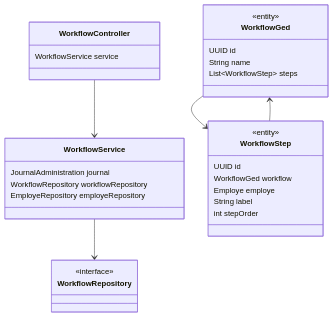
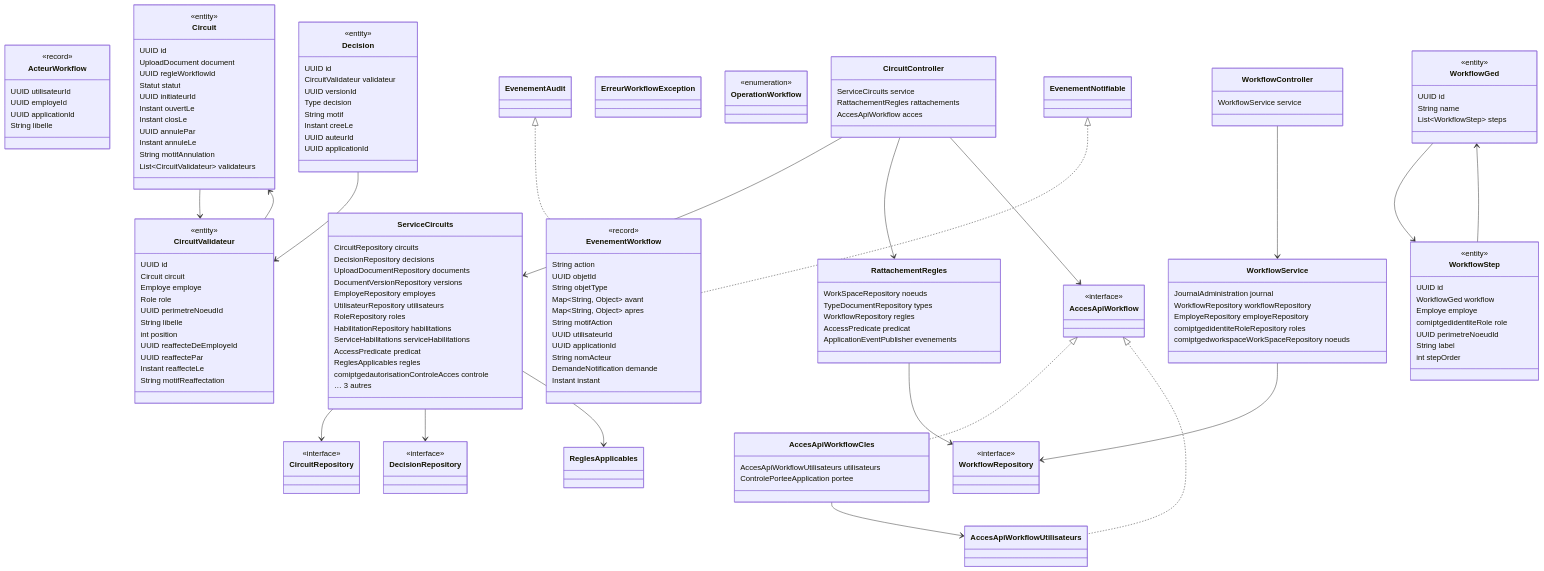
Before and after one commit to abddou2000/GED: diagram 13 of 23 in docs/modelisation/CLASSES.md, drawn with Mermaid. The commit also changed other lines of this file and 2 other files, not shown here.

Commit message:
Régénérer le schéma et les diagrammes de classes après fusion, reporter les correctifs de la vague 5 dans le suivi

````diff
--- a/docs/modelisation/CLASSES.md
+++ b/docs/modelisation/CLASSES.md
@@ -1553,5 +1607,114 @@
 ```mermaid
 classDiagram
+  class AccesApiWorkflow {
+    <<interface>>
+  }
+  class AccesApiWorkflowCles {
+    AccesApiWorkflowUtilisateurs utilisateurs
+    ControlePorteeApplication portee
+  }
+  class AccesApiWorkflowUtilisateurs {
+  }
+  class ActeurWorkflow {
+    <<record>>
+    UUID utilisateurId
+    UUID employeId
+    UUID applicationId
+    String libelle
+  }
+  class Circuit {
+    <<entity>>
+    UUID id
+    UploadDocument document
+    UUID regleWorkflowId
+    Statut statut
+    UUID initiateurId
+    Instant ouvertLe
+    Instant closLe
+    UUID annulePar
+    Instant annuleLe
+    String motifAnnulation
+    List~CircuitValidateur~ validateurs
+  }
+  class CircuitController {
+    ServiceCircuits service
+    RattachementRegles rattachements
+    AccesApiWorkflow acces
+  }
+  class CircuitRepository {
+    <<interface>>
+  }
+  class CircuitValidateur {
+    <<entity>>
+    UUID id
+    Circuit circuit
+    Employe employe
+    Role role
+    UUID perimetreNoeudId
+    String libelle
+    int position
+    UUID reaffecteDeEmployeId
+    UUID reaffectePar
+    Instant reaffecteLe
+    String motifReaffectation
+  }
+  class Decision {
+    <<entity>>
+    UUID id
+    CircuitValidateur validateur
+    UUID versionId
+    Type decision
+    String motif
+    Instant creeLe
+    UUID auteurId
+    UUID applicationId
+  }
+  class DecisionRepository {
+    <<interface>>
+  }
+  class ErreurWorkflowException {
+  }
+  class EvenementWorkflow {
+    <<record>>
+    String action
+    UUID objetId
+    String objetType
+    Map~String, Object~ avant
+    Map~String, Object~ apres
+    String motifAction
+    UUID utilisateurId
+    UUID applicationId
+    String nomActeur
+    DemandeNotification demande
+    Instant instant
+  }
+  class OperationWorkflow {
+    <<enumeration>>
+  }
+  class RattachementRegles {
+    WorkSpaceRepository noeuds
+    TypeDocumentRepository types
+    WorkflowRepository regles
+    AccessPredicate predicat
+    ApplicationEventPublisher evenements
+  }
+  class ReglesApplicables {
+  }
+  class ServiceCircuits {
+    CircuitRepository circuits
+    DecisionRepository decisions
+    UploadDocumentRepository documents
+    DocumentVersionRepository versions
+    EmployeRepository employes
+    UtilisateurRepository utilisateurs
+    RoleRepository roles
+    HabilitationRepository habilitations
+    ServiceHabilitations serviceHabilitations
+    AccessPredicate predicat
+    ReglesApplicables regles
+    comiptgedautorisationControleAcces controle
+    … 3 autres
+  }
   class WorkflowController {
     WorkflowService service
   }
@@ -1568,15 +1731,34 @@
     JournalAdministration journal
     WorkflowRepository workflowRepository
     EmployeRepository employeRepository
+    comiptgedidentiteRoleRepository roles
+    comiptgedworkspaceWorkSpaceRepository noeuds
   }
   class WorkflowStep {
     <<entity>>
     UUID id
     WorkflowGed workflow
     Employe employe
+    comiptgedidentiteRole role
+    UUID perimetreNoeudId
     String label
     int stepOrder
   }
+  AccesApiWorkflow <|.. AccesApiWorkflowCles
+  AccesApiWorkflowCles --> AccesApiWorkflowUtilisateurs
+  AccesApiWorkflow <|.. AccesApiWorkflowUtilisateurs
+  Circuit --> CircuitValidateur
+  CircuitController --> ServiceCircuits
+  CircuitController --> RattachementRegles
+  CircuitController --> AccesApiWorkflow
+  CircuitValidateur --> Circuit
+  Decision --> CircuitValidateur
+  EvenementAudit <|.. EvenementWorkflow
+  EvenementNotifiable <|.. EvenementWorkflow
+  RattachementRegles --> WorkflowRepository
+  ServiceCircuits --> CircuitRepository
+  ServiceCircuits --> DecisionRepository
+  ServiceCircuits --> ReglesApplicables
   WorkflowController --> WorkflowService
   WorkflowGed --> WorkflowStep
   WorkflowService --> WorkflowRepository
````
